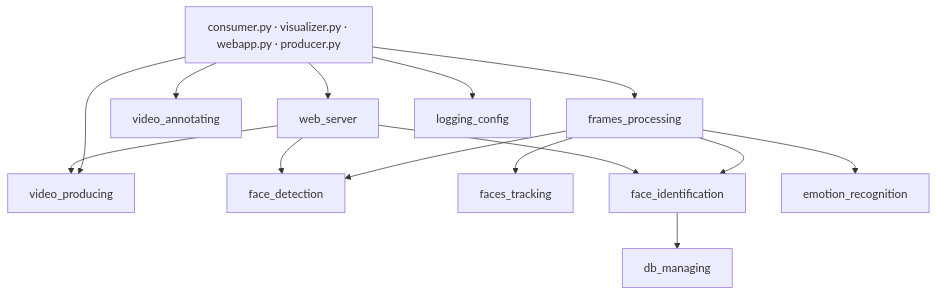
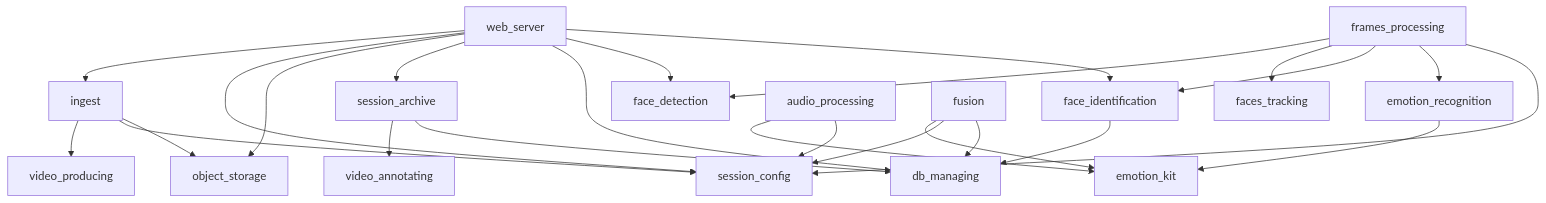
One commit to listussr/facial-emotion-analyzer changed the diagram in docs/modules/README.md. Above: the diagram before and after it, drawn with Mermaid. The commit also changed other lines of this file and 107 other files, not shown here.

````diff
--- a/docs/modules/README.md
+++ b/docs/modules/README.md
@@ -26,19 +32,30 @@
 ```mermaid
 flowchart TD
-    entry["consumer.py · visualizer.py · webapp.py · producer.py"]
+    web[web_server] --> ing[ingest]
+    web --> sc[session_config]
+    ing --> vp[video_producing]
+    ing --> sc
+    ing --> os[object_storage]
+    web --> os
+    web --> sa[session_archive]
+    web --> db[db_managing]
+    web --> det[face_detection]
+    web --> ident[face_identification]
 
-    entry --> fp[frames_processing]
-    entry --> va[video_annotating]
-    entry --> ws[web_server]
-    entry --> vp[video_producing]
-    entry --> lc[logging_config]
+    fp[frames_processing] --> det
+    fp --> trk[faces_tracking]
+    fp --> ident
+    fp --> emo[emotion_recognition]
+    fp --> sc
+    emo --> kit[emotion_kit]
 
-    fp --> det[face_detection]
-    fp --> trk[faces_tracking]
-    fp --> ident[face_identification]
-    fp --> emo[emotion_recognition]
-    ident --> db[db_managing]
-    ws --> vp
-    ws --> det
-    ws --> ident
+    ap[audio_processing] --> kit
+    ap --> sc
+    fu[fusion] --> kit
+    fu --> sc
+    fu --> db
+
+    sa --> va[video_annotating]
+    sa --> db
+    ident --> db
 ```
````
